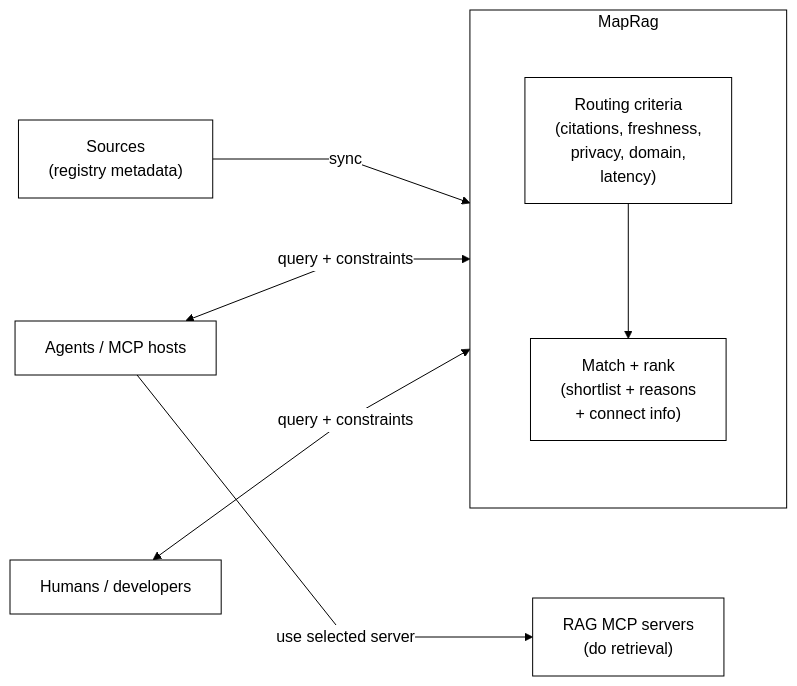
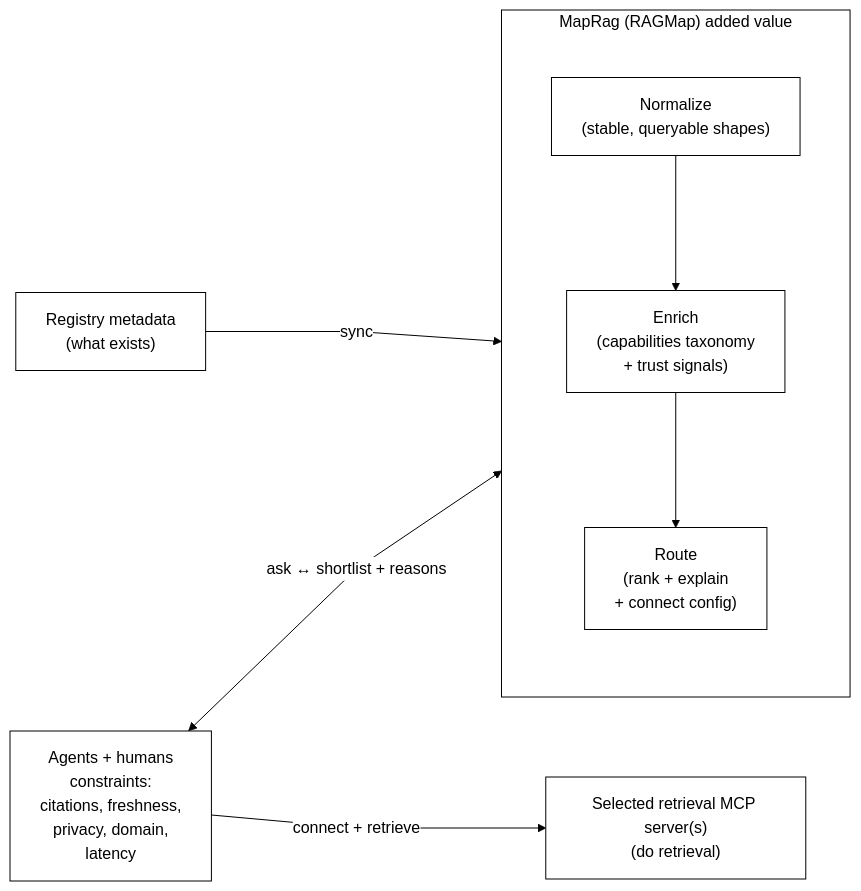
One commit to khalidsaidi/ragmap changed the diagram in README.md. Above: the diagram before and after it, drawn with Mermaid. The commit also changed 2 other files, not shown here.

Commit message:
Make concept diagram highlight MapRag added value

````diff
--- a/README.md
+++ b/README.md
@@ -25,24 +25,23 @@
 ```mermaid
-%%{init: {"theme":"base","themeVariables":{"primaryColor":"#ffffff","primaryTextColor":"#000000","primaryBorderColor":"#000000","lineColor":"#000000","secondaryColor":"#ffffff","tertiaryColor":"#ffffff","clusterBkg":"#ffffff","clusterBorder":"#000000","edgeLabelBackground":"#ffffff"},"flowchart":{"curve":"linear","nodeSpacing":90,"rankSpacing":110}}}%%
+%%{init: {"theme":"base","themeVariables":{"primaryColor":"#ffffff","primaryTextColor":"#000000","primaryBorderColor":"#000000","lineColor":"#000000","secondaryColor":"#ffffff","tertiaryColor":"#ffffff","clusterBkg":"#ffffff","clusterBorder":"#000000","edgeLabelBackground":"#ffffff"},"flowchart":{"curve":"linear","nodeSpacing":80,"rankSpacing":110}}}%%
 flowchart LR
-  %% Concept-only diagram (no deployment, framework, or datastore details)
+  %% Concept-only diagram (shows "added value", not deployment or datastore)
 
   classDef mono fill:#ffffff,stroke:#000000,color:#000000,stroke-width:1px;
 
-  Sources["Sources\n(registry metadata)"]:::mono
-  Agents["Agents / MCP hosts"]:::mono
-  Humans["Humans / developers"]:::mono
-  Retrieval["RAG MCP servers\n(do retrieval)"]:::mono
+  Sources["Registry metadata\n(what exists)"]:::mono
+  Users["Agents + humans\nconstraints:\ncitations, freshness,\nprivacy, domain,\nlatency"]:::mono
+  Retrieval["Selected retrieval MCP server(s)\n(do retrieval)"]:::mono
 
-  subgraph MR["MapRag"]
+  subgraph MR["MapRag (RAGMap) added value"]
     direction TB
-    Criteria["Routing criteria\n(citations, freshness,\nprivacy, domain,\nlatency)"]:::mono
-    Engine["Match + rank\n(shortlist + reasons\n+ connect info)"]:::mono
-    Criteria --> Engine
+    Normalize["Normalize\n(stable, queryable shapes)"]:::mono
+    Enrich["Enrich\n(capabilities taxonomy\n+ trust signals)"]:::mono
+    Route["Route\n(rank + explain\n+ connect config)"]:::mono
+    Normalize --> Enrich --> Route
   end
 
-  Sources -->|sync| Engine
-  Agents <-->|query + constraints| Engine
-  Humans <-->|query + constraints| Engine
-  Agents -->|use selected server| Retrieval
+  Sources -->|sync| Normalize
+  Users <-->|ask ↔ shortlist + reasons| Route
+  Users -->|connect + retrieve| Retrieval
 ```
````
